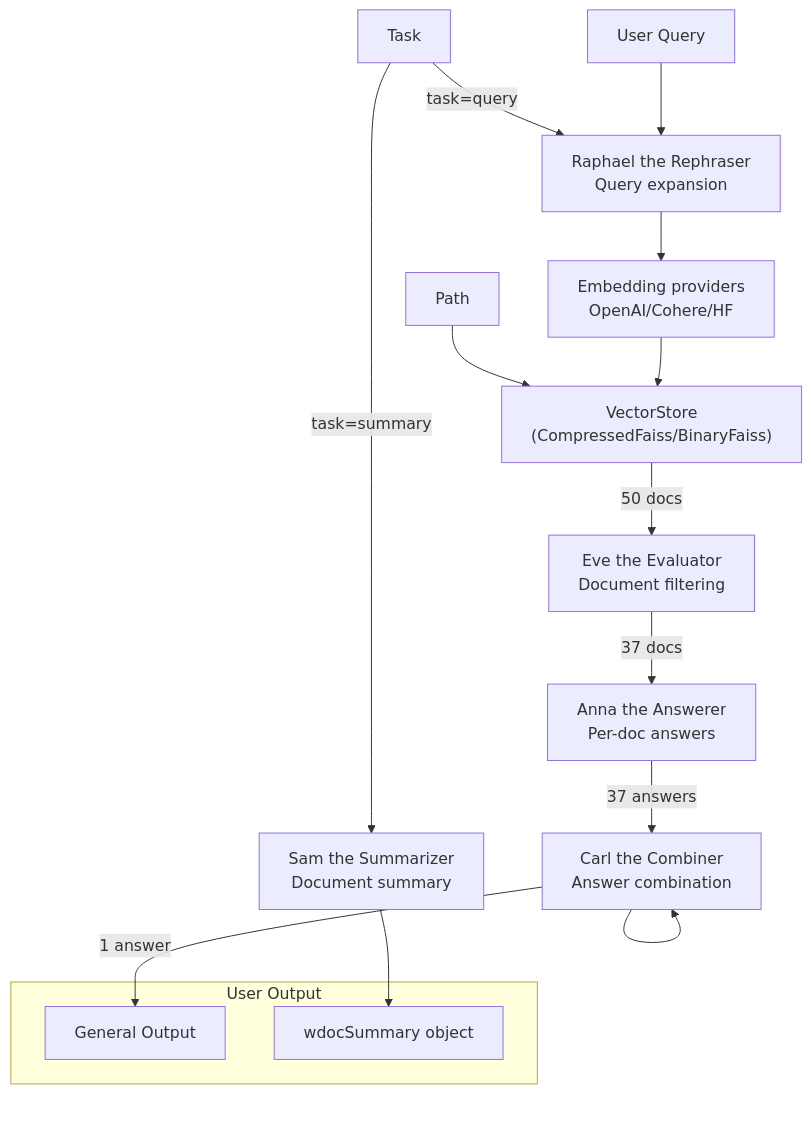
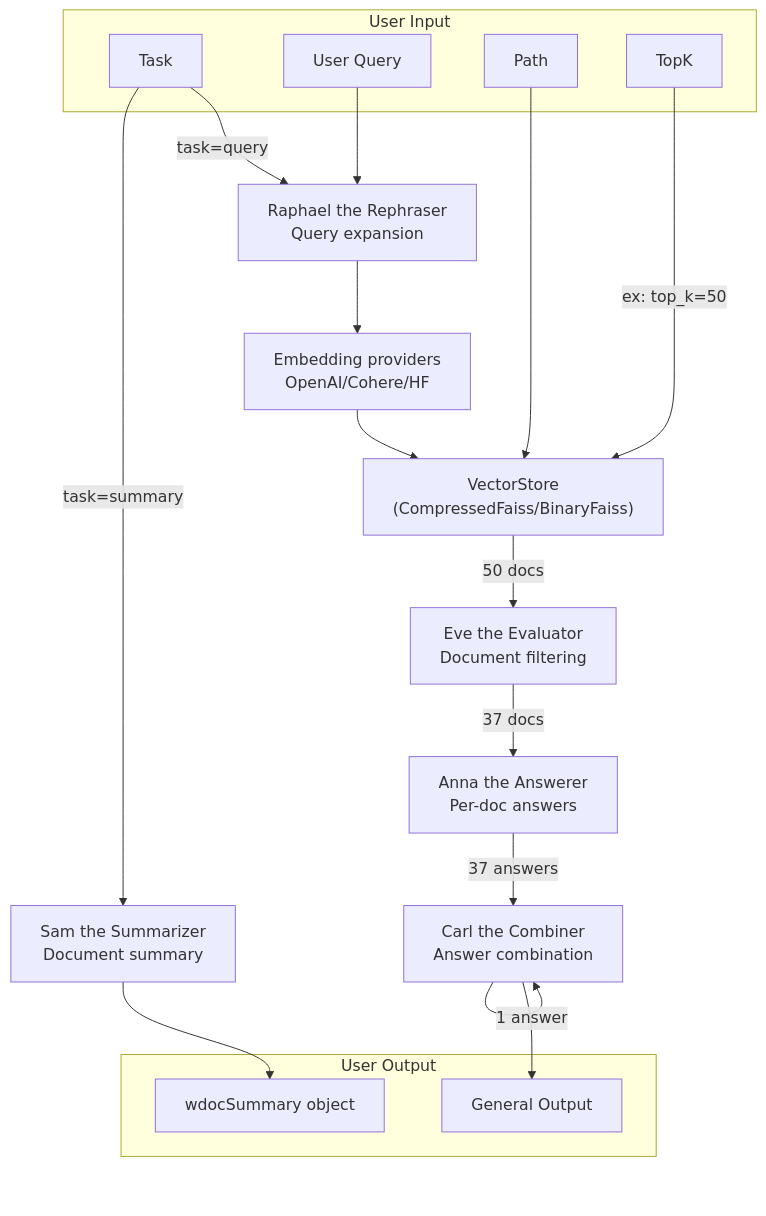
Before and after one commit to thiswillbeyourgithub/wdoc: the diagram in images/diagram.mmd, drawn with Mermaid.

Commit message:
feat: add TopK input with example to diagram

```diff
--- a/images/diagram.mmd
+++ b/images/diagram.mmd
@@ -1,38 +1,42 @@
 flowchart TD
-    Task["Task"]
-    UserQuery["User Query"]
-    Path["Path"]
+    subgraph UserInput["User Input"]
+        Task["Task"]
+        UserQuery["User Query"]
+        Path["Path"]
+        TopK["TopK"]
+    end
 
     Embeddings["Embedding providers<br/>OpenAI/Cohere/HF"]
     VectorStore["VectorStore<br/>(CompressedFaiss/BinaryFaiss)"]
 
     Embeddings --> VectorStore
 
     Raphael["Raphael the Rephraser<br/>Query expansion"]
     Sam["Sam the Summarizer<br/>Document summary"]
     Eve["Eve the Evaluator<br/>Document filtering"]
     Anna["Anna the Answerer<br/>Per-doc answers"]
     Carl["Carl the Combiner<br/>Answer combination"]
 
     Path --> VectorStore
+    TopK -->|ex: top_k=50| VectorStore
     UserQuery --> Raphael
     Raphael --> Embeddings
     
     VectorStore -->|50 docs| Eve
     
     Eve -->|37 docs| Anna
     
     Anna -->|37 answers| Carl
 
     Carl --> Carl
 
     subgraph UserOutput["User Output"]
         Output["General Output"]
         SummaryOutput["wdocSummary object"]
     end
     
     Carl -->|1 answer| Output
     
     Task -->|task=query| Raphael
     Task -->|task=summary| Sam
     Sam --> SummaryOutput
```
